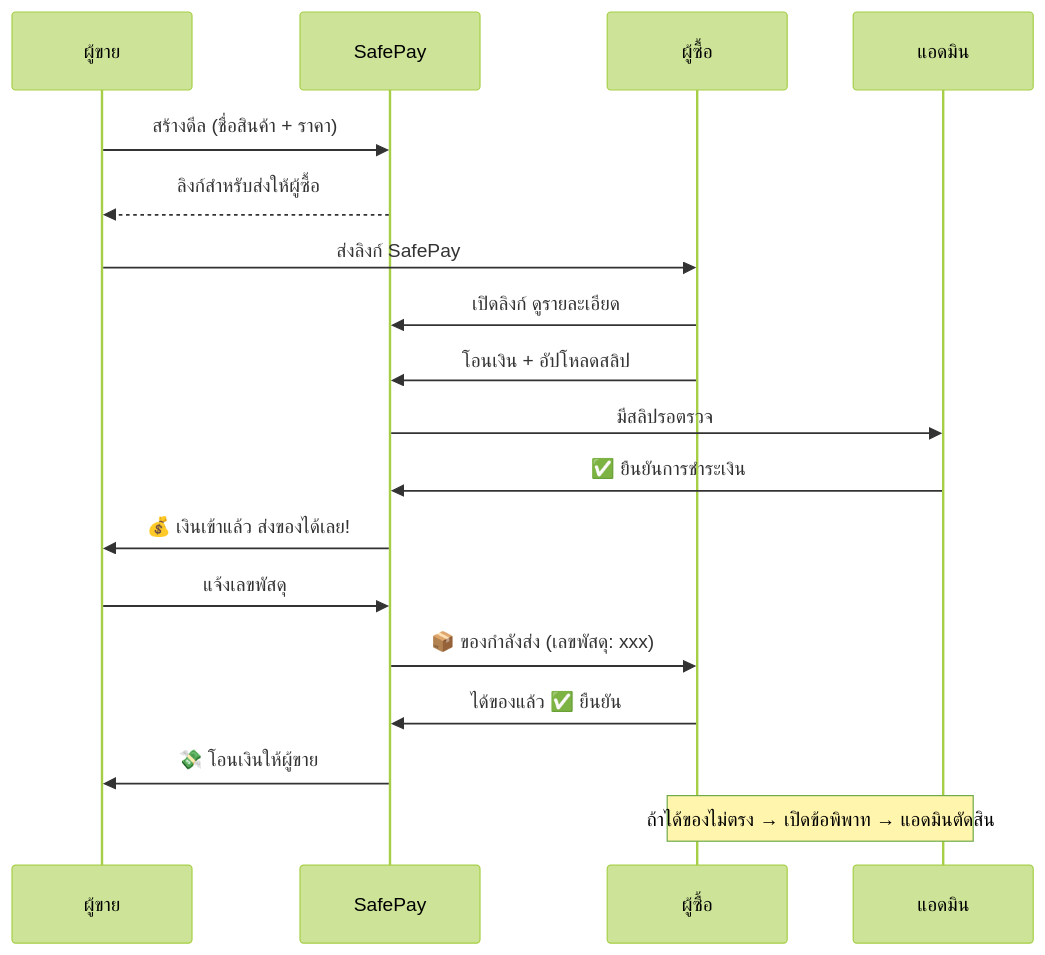
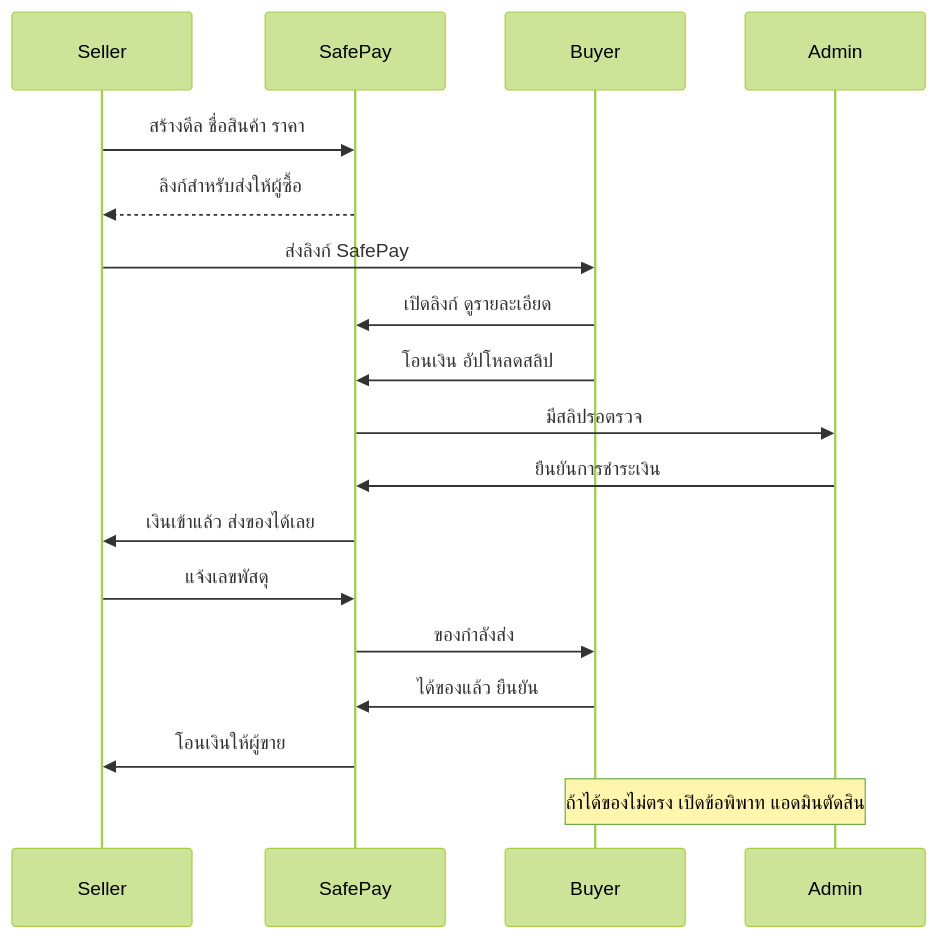
Before and after one commit to CodeCooLTH/trustme: the third of 5 diagrams in docs/safepay-overview.md, drawn with Mermaid (forest theme). The commit also changed other lines of this file and 4 other files, not shown here.

First line of the commit message:
feat: redesign public deal link + fix Mermaid diagrams

````diff
--- a/docs/safepay-overview.md
+++ b/docs/safepay-overview.md
@@ -53,26 +53,26 @@
 ```mermaid
 sequenceDiagram
-    participant ผู้ขาย
-    participant SafePay
-    participant ผู้ซื้อ
-    participant แอดมิน
+    participant S as Seller
+    participant SP as SafePay
+    participant B as Buyer
+    participant A as Admin
 
-    ผู้ขาย->>SafePay: สร้างดีล (ชื่อสินค้า + ราคา)
-    SafePay-->>ผู้ขาย: ลิงก์สำหรับส่งให้ผู้ซื้อ
-    ผู้ขาย->>ผู้ซื้อ: ส่งลิงก์ SafePay
+    S->>SP: สร้างดีล ชื่อสินค้า ราคา
+    SP-->>S: ลิงก์สำหรับส่งให้ผู้ซื้อ
+    S->>B: ส่งลิงก์ SafePay
 
-    ผู้ซื้อ->>SafePay: เปิดลิงก์ ดูรายละเอียด
-    ผู้ซื้อ->>SafePay: โอนเงิน + อัปโหลดสลิป
+    B->>SP: เปิดลิงก์ ดูรายละเอียด
+    B->>SP: โอนเงิน อัปโหลดสลิป
 
-    SafePay->>แอดมิน: มีสลิปรอตรวจ
-    แอดมิน->>SafePay: ✅ ยืนยันการชำระเงิน
+    SP->>A: มีสลิปรอตรวจ
+    A->>SP: ยืนยันการชำระเงิน
 
-    SafePay->>ผู้ขาย: 💰 เงินเข้าแล้ว ส่งของได้เลย!
-    ผู้ขาย->>SafePay: แจ้งเลขพัสดุ
-    SafePay->>ผู้ซื้อ: 📦 ของกำลังส่ง (เลขพัสดุ: xxx)
+    SP->>S: เงินเข้าแล้ว ส่งของได้เลย
+    S->>SP: แจ้งเลขพัสดุ
+    SP->>B: ของกำลังส่ง
 
-    ผู้ซื้อ->>SafePay: ได้ของแล้ว ✅ ยืนยัน
-    SafePay->>ผู้ขาย: 💸 โอนเงินให้ผู้ขาย
+    B->>SP: ได้ของแล้ว ยืนยัน
+    SP->>S: โอนเงินให้ผู้ขาย
 
-    Note over ผู้ซื้อ,แอดมิน: ถ้าได้ของไม่ตรง → เปิดข้อพิพาท → แอดมินตัดสิน
+    Note over B,A: ถ้าได้ของไม่ตรง เปิดข้อพิพาท แอดมินตัดสิน
 ```
````
